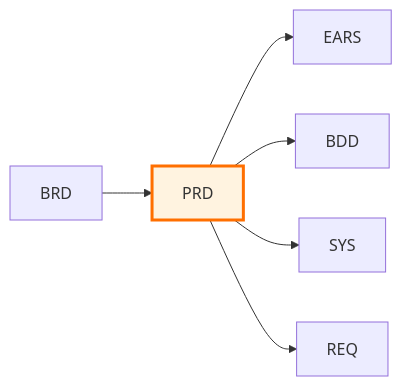
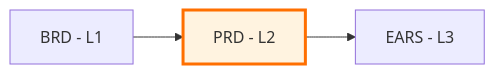
The diagram in ai_dev_flow_v3/02_PRD/PRD-00_index.md (vladm3105/aidoc-flow-framework), drawn with Mermaid before and after one commit. The commit also changed other lines of this file and 41 other files, not shown here.

````diff
--- a/ai_dev_flow_v3/02_PRD/PRD-00_index.md
+++ b/ai_dev_flow_v3/02_PRD/PRD-00_index.md
@@ -29,10 +28,7 @@
 ```mermaid
 flowchart LR
-    BRD[BRD] --> PRD[PRD]
-    PRD --> EARS[EARS]
-    PRD --> BDD[BDD]
-    PRD --> SYS[SYS]
-    PRD --> REQ[REQ]
+    BRD[BRD - L1] --> PRD[PRD - L2]
+    PRD --> EARS[EARS - L3]
 
     style PRD fill:#fff3e0,stroke:#ff6f00,stroke-width:3px
 ```
````
